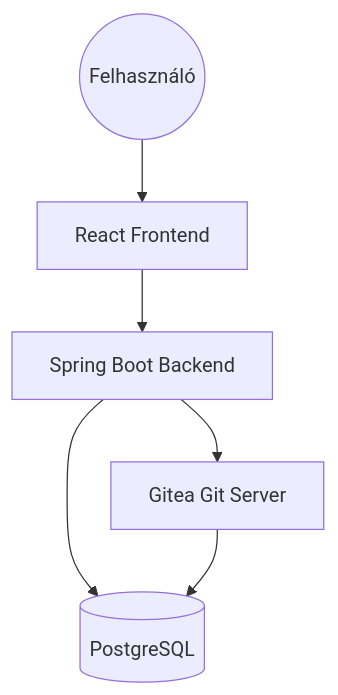
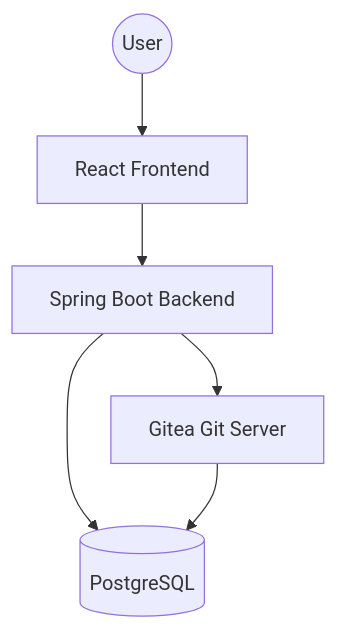
Before and after one commit to badzso-boop/legymernok: the diagram in README.md, drawn with Mermaid. The commit also changed other lines of this file, not shown here.

````diff
--- a/README.md
+++ b/README.md
@@ -40,8 +38,8 @@
 ```mermaid
 graph TD
-    User((Felhasználó)) --> Frontend
+    User((User)) --> Frontend
     Frontend[React Frontend] --> Backend[Spring Boot Backend]
     Backend --> DB[(PostgreSQL)]
     Backend --> Gitea[Gitea Git Server]
     Gitea --> DB
 ```
````
